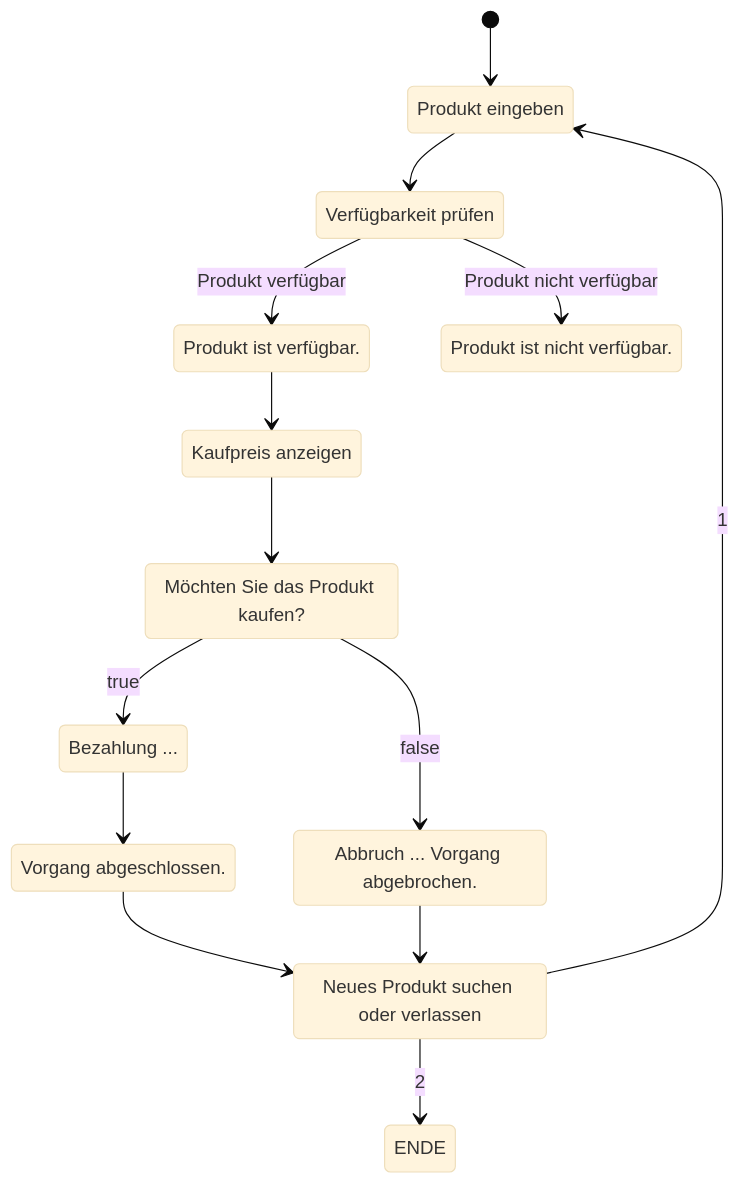
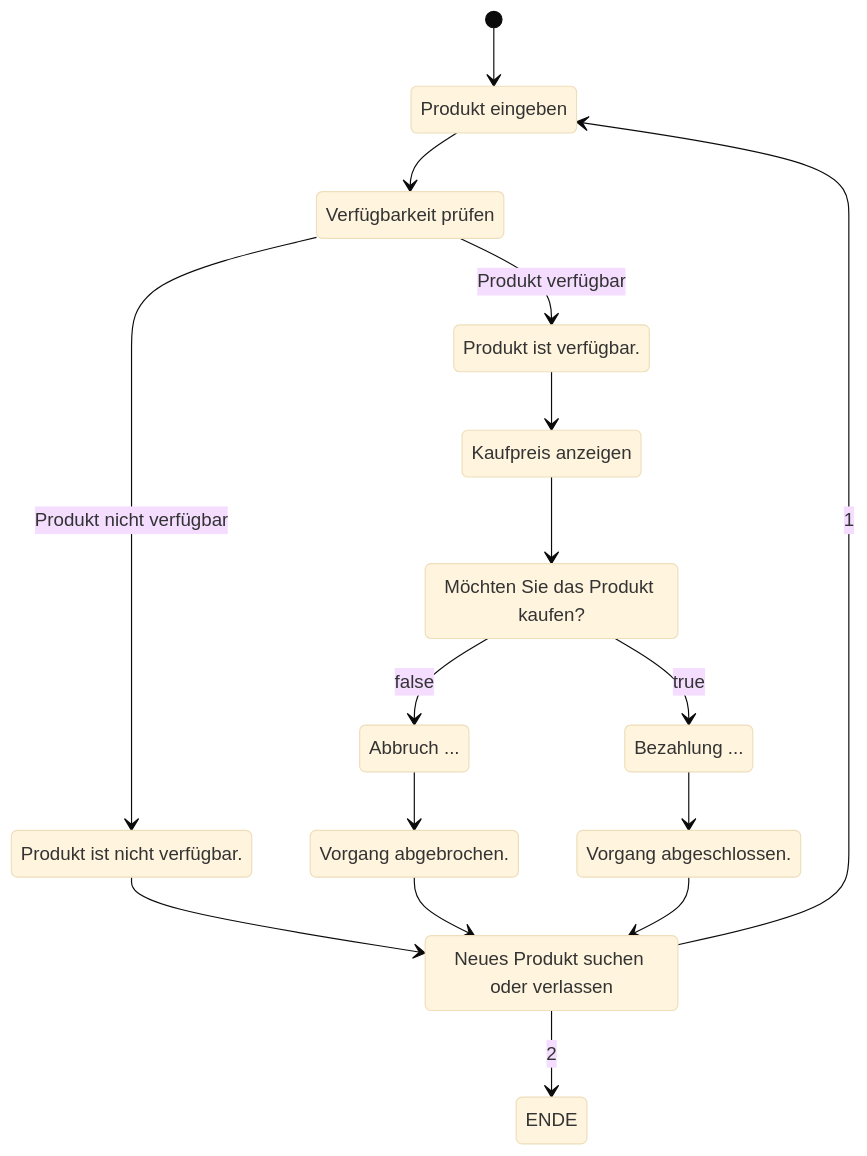
The third of 5 diagrams in scr/exercises/Programmieren1/SampleExam/ReadMe.md (wielandjan/java_helloWorld_1), drawn with Mermaid (base theme) before and after one commit.

Commit message:
modified:   scr/exercises/Programmieren1/SampleExam/ReadMe.md

````diff
--- a/scr/exercises/Programmieren1/SampleExam/ReadMe.md
+++ b/scr/exercises/Programmieren1/SampleExam/ReadMe.md
@@ -108,28 +108,31 @@
 ```mermaid
 stateDiagram-v2
     state "Produkt eingeben" as state1
     state "Verfügbarkeit prüfen" as state2
     state "Produkt ist verfügbar." as state3
     state "Kaufpreis anzeigen" as state4
     state "Möchten Sie das Produkt kaufen?" as state5
     state "Bezahlung ..." as state6
     state "Vorgang abgeschlossen." as state7
     state "Produkt ist nicht verfügbar." as state8
-    state "Abbruch ... Vorgang abgebrochen." as state9
+    state "Abbruch ..." as state9a
+    state "Vorgang abgebrochen." as state9b
     state "Neues Produkt suchen oder verlassen" as state10
     state "ENDE" as state11
 
     [*] --> state1
     state1 --> state2
     state2 --> state3: Produkt verfügbar
     state2 --> state8: Produkt nicht verfügbar
+    state8 --> state10
     state3 --> state4
     state4 --> state5
     state5 --> state6: true
-    state5 --> state9: false
+    state5 --> state9a: false
+    state9a --> state9b
+    state9b --> state10
     state6 --> state7
     state7 --> state10
-    state9 --> state10
     state10 --> state1: 1
     state10 --> state11: 2
 ```
````
